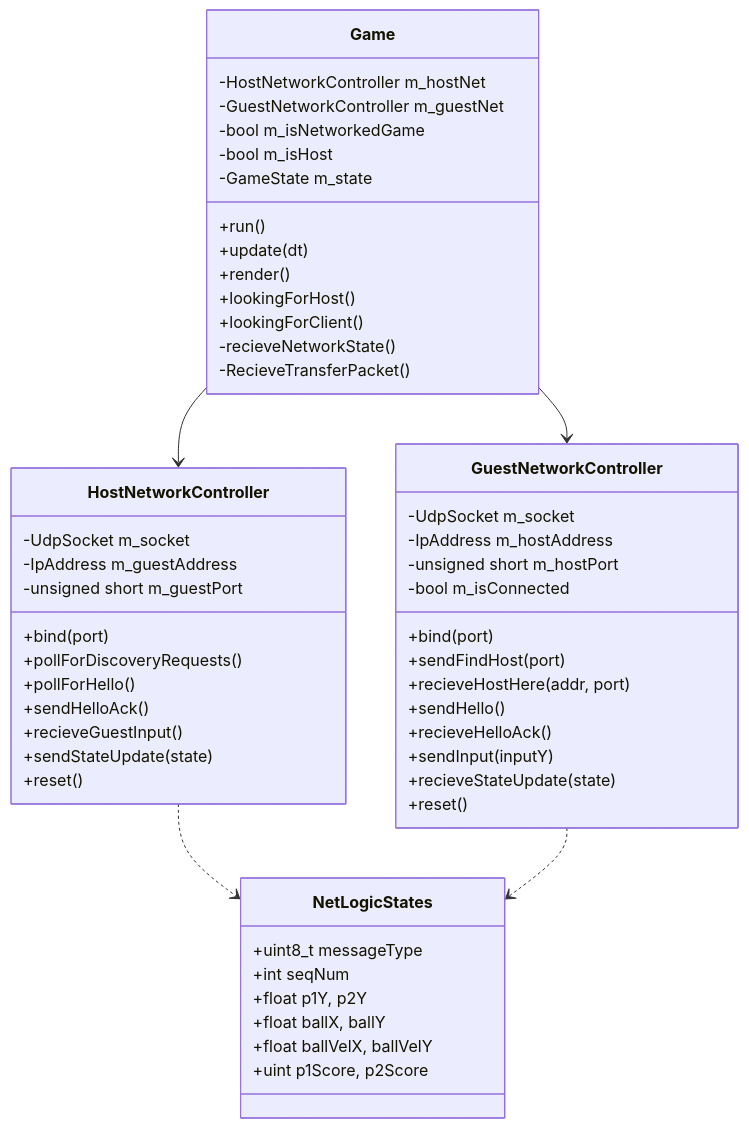
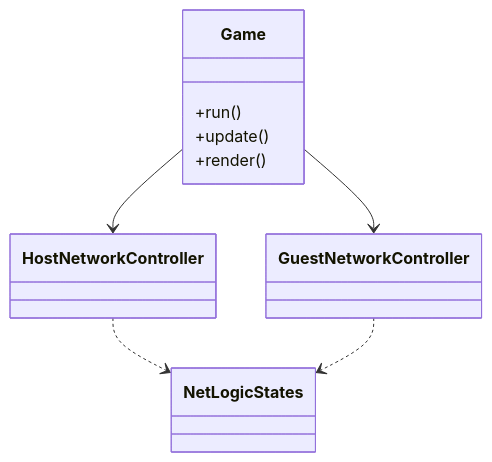
One commit to OlawoleAbayomi-Owodunni/pong-networking changed the fifth of 6 diagrams in DESIGN_REPORT.md. Above: the diagram before and after it, drawn with Mermaid. The commit also changed other lines of this file, not shown here.

````diff
--- a/DESIGN_REPORT.md
+++ b/DESIGN_REPORT.md
@@ -425,59 +276,17 @@
 ```mermaid
 classDiagram
     class Game {
-        -HostNetworkController m_hostNet
-        -GuestNetworkController m_guestNet
-        -bool m_isNetworkedGame
-        -bool m_isHost
-        -GameState m_state
         +run()
-        +update(dt)
+        +update()
         +render()
-        +lookingForHost()
-        +lookingForClient()
-        -recieveNetworkState()
-        -RecieveTransferPacket()
     }
-    
-    class HostNetworkController {
-        -UdpSocket m_socket
-        -IpAddress m_guestAddress
-        -unsigned short m_guestPort
-        +bind(port)
-        +pollForDiscoveryRequests()
-        +pollForHello()
-        +sendHelloAck()
-        +recieveGuestInput()
-        +sendStateUpdate(state)
-        +reset()
-    }
-    
-    class GuestNetworkController {
-        -UdpSocket m_socket
-        -IpAddress m_hostAddress
-        -unsigned short m_hostPort
-        -bool m_isConnected
-        +bind(port)
-        +sendFindHost(port)
-        +recieveHostHere(addr, port)
-        +sendHello()
-        +recieveHelloAck()
-        +sendInput(inputY)
-        +recieveStateUpdate(state)
-        +reset()
-    }
-    
-    class NetLogicStates {
-        +uint8_t messageType
-        +int seqNum
-        +float p1Y, p2Y
-        +float ballX, ballY
-        +float ballVelX, ballVelY
-        +uint p1Score, p2Score
-    }
-    
+
+    class HostNetworkController
+    class GuestNetworkController
+    class NetLogicStates
+
     Game --> HostNetworkController
     Game --> GuestNetworkController
     HostNetworkController ..> NetLogicStates
     GuestNetworkController ..> NetLogicStates
 ```
````
